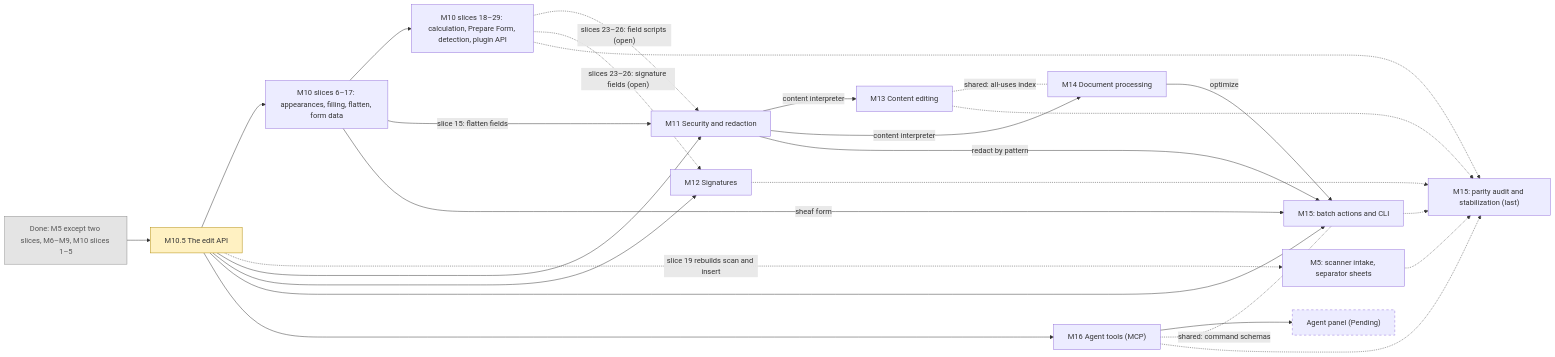
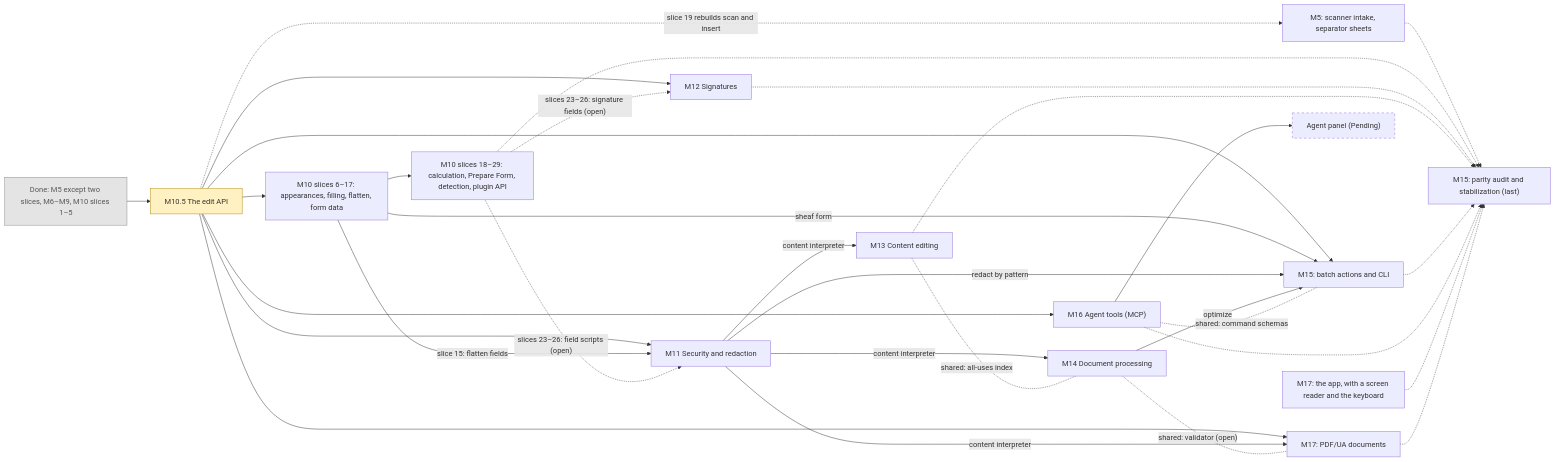
Before and after one commit to sheaf-pdf/sheaf: the diagram in ROADMAP.md, drawn with Mermaid. The commit also changed other lines of this file and 3 other files, not shown here.

````diff
--- a/ROADMAP.md
+++ b/ROADMAP.md
@@ -54,43 +55,48 @@
 ```mermaid
 graph LR
   fin["Done: M5 except two slices, M6–M9, M10 slices 1–5"]
   M10_5["M10.5 The edit API"]
   M5r["M5: scanner intake, separator sheets"]
   M10a["M10 slices 6–17: appearances, filling, flatten, form data"]
   M10b["M10 slices 18–29: calculation, Prepare Form, detection, plugin API"]
   M11["M11 Security and redaction"]
   M12["M12 Signatures"]
   M13["M13 Content editing"]
   M14["M14 Document processing"]
   M15a["M15: batch actions and CLI"]
   M15b["M15: parity audit and stabilization (last)"]
   M16["M16 Agent tools (MCP)"]
+  M17a["M17: the app, with a screen reader and the keyboard"]
+  M17b["M17: PDF/UA documents"]
   Panel["Agent panel (Pending)"]
 
   fin --> M10_5
   M10_5 --> M10a --> M10b
   M10_5 -.->|"slice 19 rebuilds scan and insert"| M5r
   M10_5 --> M11
   M10a -->|"slice 15: flatten fields"| M11
   M10b -.->|"slices 23–26: field scripts (open)"| M11
   M10_5 --> M12
   M10b -.->|"slices 23–26: signature fields (open)"| M12
   M11 -->|"content interpreter"| M13
   M11 -->|"content interpreter"| M14
   M13 -.-|"shared: all-uses index"| M14
   M10_5 --> M15a
   M10a -->|"sheaf form"| M15a
   M11 -->|"redact by pattern"| M15a
   M14 -->|"optimize"| M15a
   M10_5 --> M16
   M16 --> Panel
   M16 -.-|"shared: command schemas"| M15a
-  M5r & M10b & M12 & M13 & M15a & M16 -.-> M15b
+  M10_5 --> M17b
+  M11 -->|"content interpreter"| M17b
+  M14 -.-|"shared: validator (open)"| M17b
+  M5r & M10b & M12 & M13 & M15a & M16 & M17a & M17b -.-> M15b
 
   classDef done fill:#e4e4e4,stroke:#8a8a8a,color:#555
   classDef active fill:#fff1c2,stroke:#b08900,color:#333
   classDef pending stroke-dasharray:5 5
   class fin done
   class M10_5 active
   class Panel pending
 ```
````
